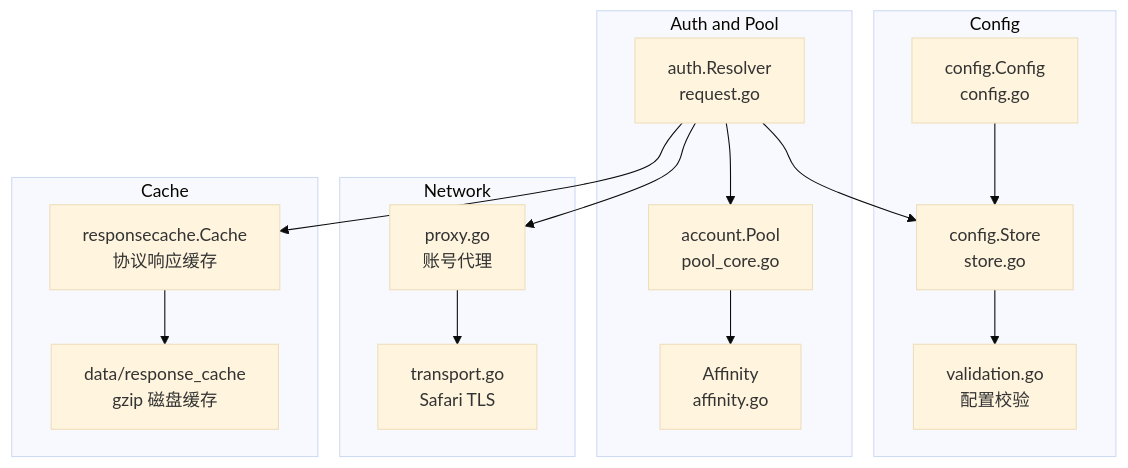
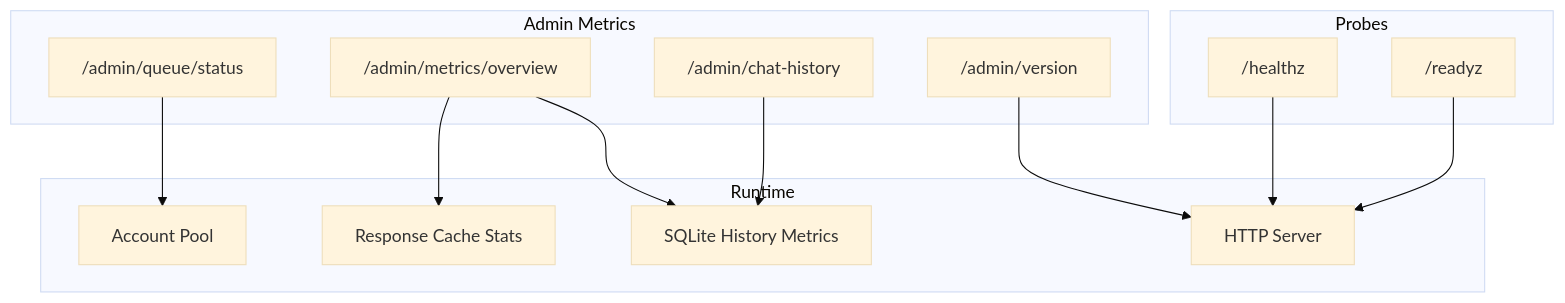
One commit to marklove5102/DeepSeek_Web_To_API changed the first of 2 diagrams in docs/Runtime Operations/Runtime Operations.md. Above: the diagram before and after it, drawn with Mermaid (base theme). The commit also changed other lines of this file and 27 other files, not shown here.

````diff
--- a/docs/Runtime Operations/Runtime Operations.md
+++ b/docs/Runtime Operations/Runtime Operations.md
@@ -46,30 +32,26 @@
 ```mermaid
 graph TB
-subgraph "Config"
-CFG["config.Config<br/>config.go"]
-STORE["config.Store<br/>store.go"]
-VALID["validation.go<br/>配置校验"]
+subgraph "Probes"
+HEALTH["/healthz"]
+READY["/readyz"]
 end
-subgraph "Auth and Pool"
-AUTH["auth.Resolver<br/>request.go"]
-POOL["account.Pool<br/>pool_core.go"]
-AFF["Affinity<br/>affinity.go"]
+subgraph "Admin Metrics"
+QUEUE["/admin/queue/status"]
+OVERVIEW["/admin/metrics/overview"]
+HISTORY["/admin/chat-history"]
+VERSION["/admin/version"]
 end
-subgraph "Network"
-PROXY["proxy.go<br/>账号代理"]
-TLS["transport.go<br/>Safari TLS"]
+subgraph "Runtime"
+POOL["Account Pool"]
+CACHE["Response Cache Stats"]
+SQLITE["SQLite History Metrics"]
+SERVER["HTTP Server"]
 end
-subgraph "Cache"
-RCACHE["responsecache.Cache<br/>协议响应缓存"]
-RDISK["data/response_cache<br/>gzip 磁盘缓存"]
-end
-CFG --> STORE
-STORE --> VALID
-AUTH --> STORE
-AUTH --> POOL
-POOL --> AFF
-PROXY --> TLS
-AUTH --> PROXY
-AUTH --> RCACHE
-RCACHE --> RDISK
+HEALTH --> SERVER
+READY --> SERVER
+QUEUE --> POOL
+OVERVIEW --> CACHE
+OVERVIEW --> SQLITE
+HISTORY --> SQLITE
+VERSION --> SERVER
 ```
````
